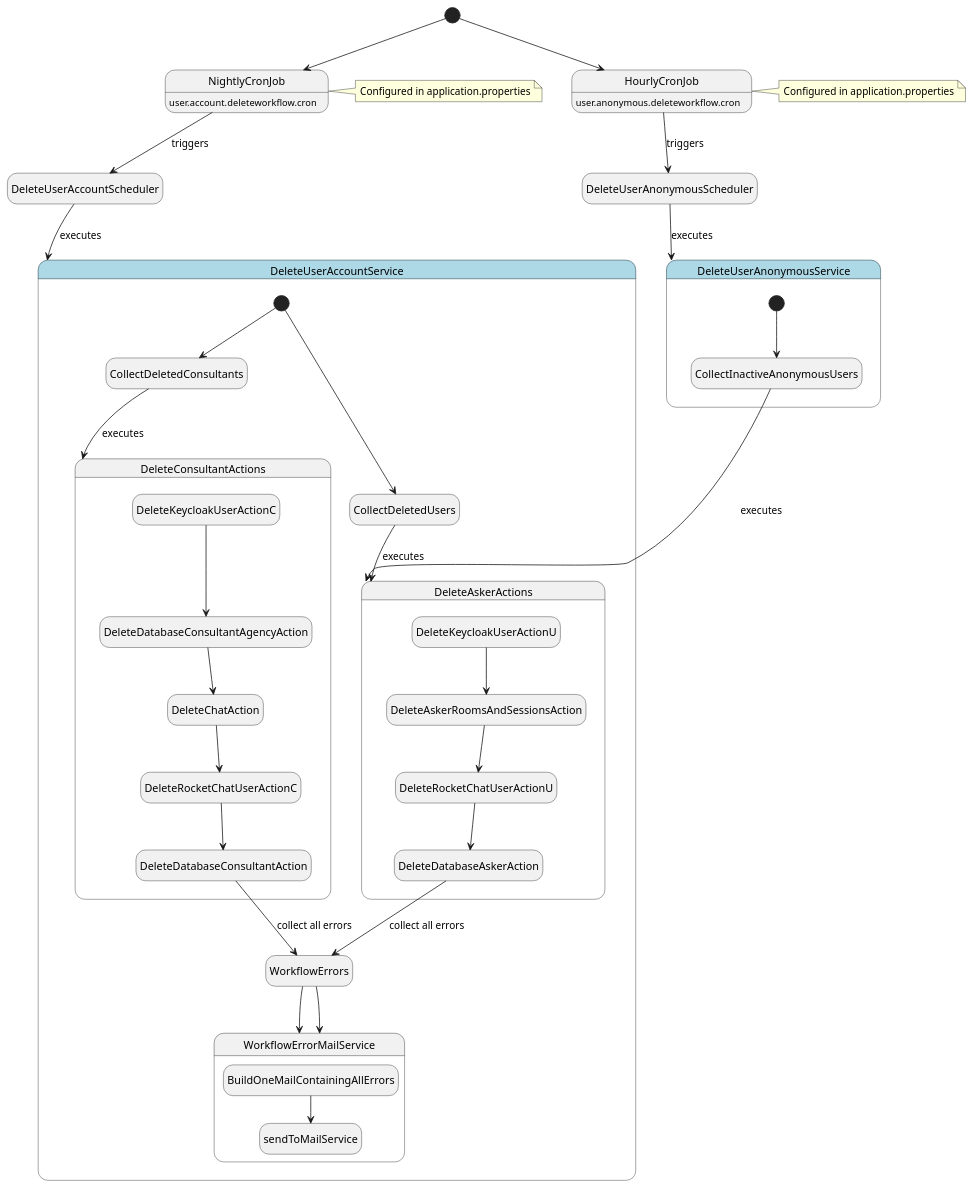
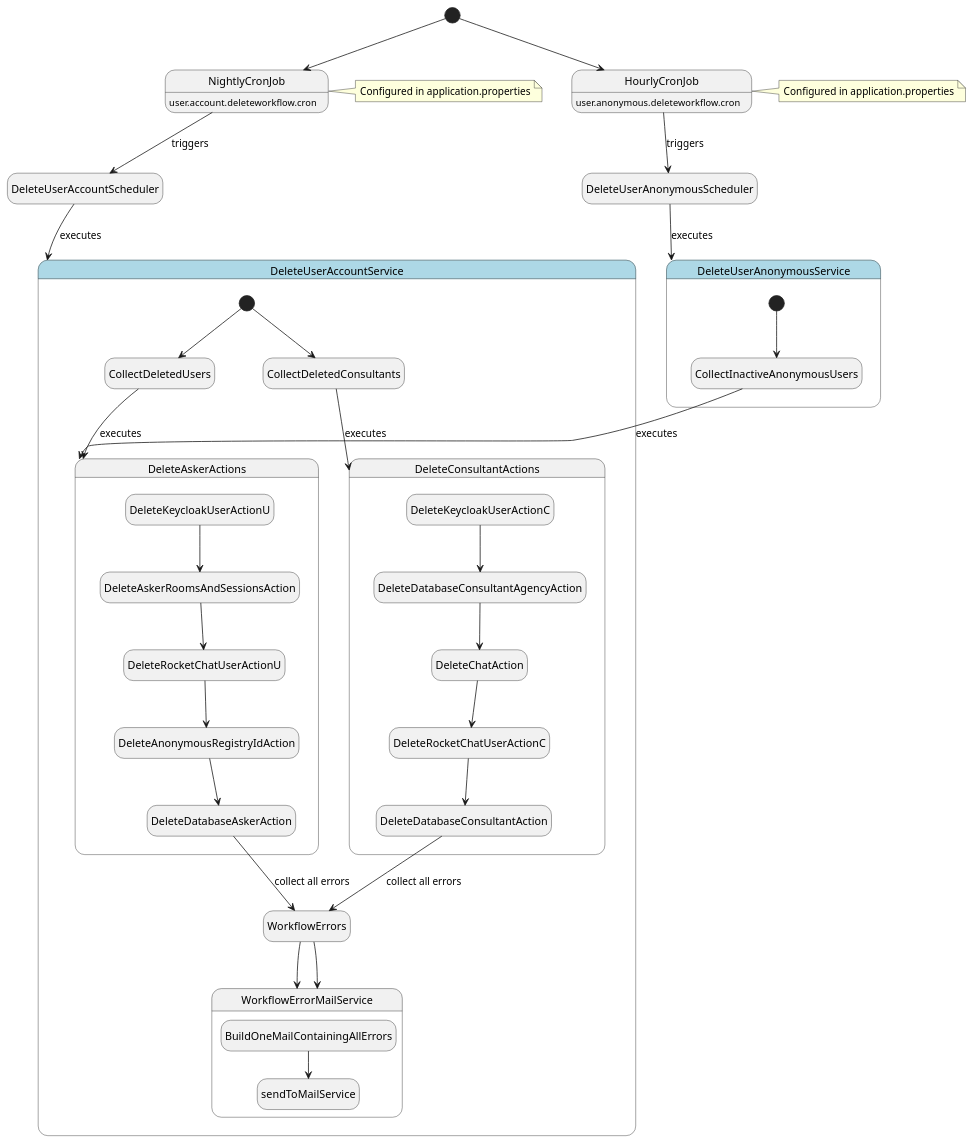
One commit to Onlineberatung/onlineBeratung-userService changed the diagram in documentation/User_Account_Deletion_Workflow.puml. Above: the diagram before and after it, drawn with PlantUML. The commit also changed 1 other file, not shown here.

Commit message:
docs: update workflow UML

```diff
--- a/documentation/User_Account_Deletion_Workflow.puml
+++ b/documentation/User_Account_Deletion_Workflow.puml
@@ -3,51 +3,52 @@
 @startuml
 hide empty description
 
 [*] --> NightlyCronJob
 [*] --> HourlyCronJob
 
 NightlyCronJob : user.account.deleteworkflow.cron
 NightlyCronJob --> DeleteUserAccountScheduler : triggers
 
 HourlyCronJob : user.anonymous.deleteworkflow.cron
 HourlyCronJob --> DeleteUserAnonymousScheduler : triggers
 
 note right of NightlyCronJob : Configured in application.properties
 note right of HourlyCronJob : Configured in application.properties
 
 DeleteUserAccountScheduler --> DeleteUserAccountService : executes
 DeleteUserAnonymousScheduler --> DeleteUserAnonymousService : executes
 
 state DeleteUserAccountService #lightblue {
   [*] --> CollectDeletedUsers
   CollectDeletedUsers --> DeleteAskerActions : executes
   [*] --> CollectDeletedConsultants
   CollectDeletedConsultants --> DeleteConsultantActions : executes
   WorkflowErrors --> WorkflowErrorMailService
 
   state DeleteAskerActions {
     DeleteKeycloakUserActionU --> DeleteAskerRoomsAndSessionsAction
     DeleteAskerRoomsAndSessionsAction --> DeleteRocketChatUserActionU
-    DeleteRocketChatUserActionU --> DeleteDatabaseAskerAction
+    DeleteRocketChatUserActionU --> DeleteAnonymousRegistryIdAction
+    DeleteAnonymousRegistryIdAction --> DeleteDatabaseAskerAction
     DeleteDatabaseAskerAction --> WorkflowErrors : collect all errors
   }
 
   state DeleteConsultantActions {
       DeleteKeycloakUserActionC --> DeleteDatabaseConsultantAgencyAction
       DeleteDatabaseConsultantAgencyAction --> DeleteChatAction
       DeleteChatAction --> DeleteRocketChatUserActionC
       DeleteRocketChatUserActionC --> DeleteDatabaseConsultantAction
       DeleteDatabaseConsultantAction  --> WorkflowErrors : collect all errors
   }
 }
 
 state WorkflowErrorMailService {
   BuildOneMailContainingAllErrors --> sendToMailService
 }
 
 state DeleteUserAnonymousService #lightblue {
   [*] --> CollectInactiveAnonymousUsers
   CollectInactiveAnonymousUsers --> DeleteAskerActions : executes
   WorkflowErrors --> WorkflowErrorMailService
 }
 @enduml
```
